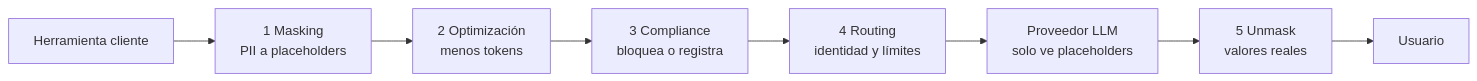
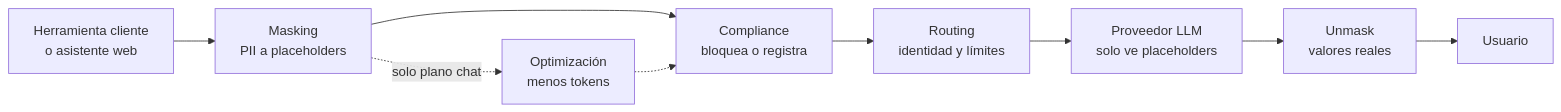
Before and after one commit to cluna-8/elea: the first of 2 diagrams in docs/docs/overview/index.md, drawn with Mermaid. The commit also changed other lines of this file and 9 other files, not shown here.

First line of the commit message:
docs(devrel): norma de diagramas + gate de drift doc↔código con bordes declarados + correcciones de drift (#188)

````diff
--- a/docs/docs/overview/index.md
+++ b/docs/docs/overview/index.md
@@ -28,10 +29,11 @@
 ```mermaid
 flowchart LR
-    H[Herramienta cliente] --> M[1 Masking<br/>PII a placeholders]
-    M --> O[2 Optimización<br/>menos tokens]
-    O --> C[3 Compliance<br/>bloquea o registra]
-    C --> R[4 Routing<br/>identidad y límites]
+    H[Herramienta cliente<br/>o asistente web] --> M[Masking<br/>PII a placeholders]
+    M -.->|solo plano chat| O[Optimización<br/>menos tokens]
+    M --> C[Compliance<br/>bloquea o registra]
+    O -.-> C
+    C --> R[Routing<br/>identidad y límites]
     R --> LLM[Proveedor LLM<br/>solo ve placeholders]
-    LLM --> UM[5 Unmask<br/>valores reales]
+    LLM --> UM[Unmask<br/>valores reales]
     UM --> U[Usuario]
 ```
````
